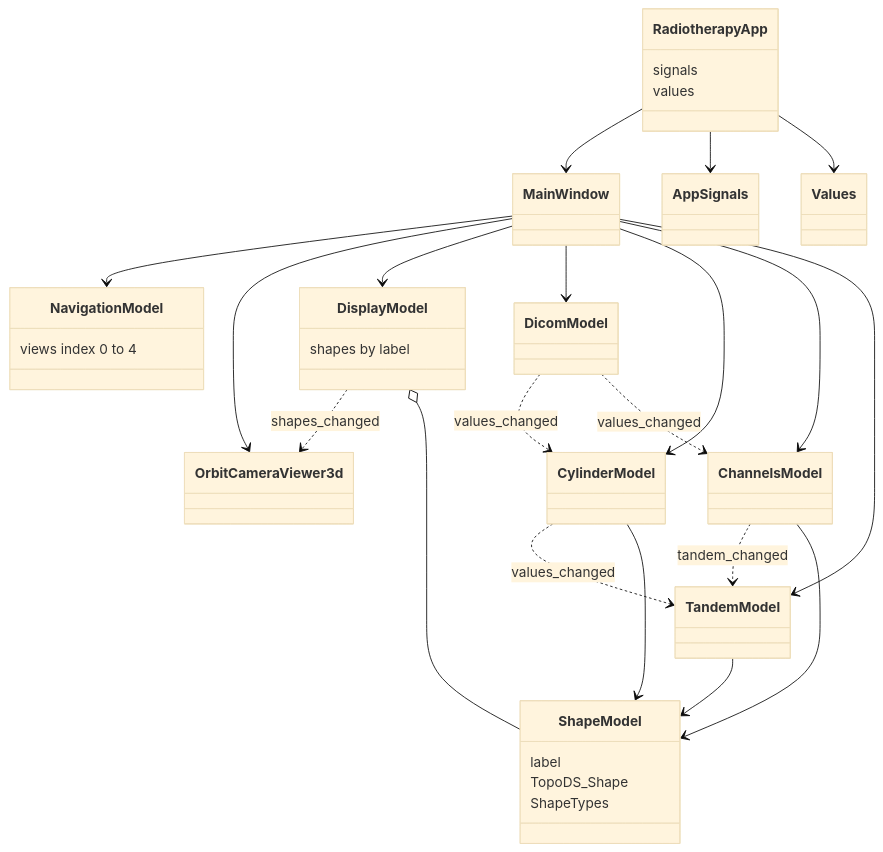
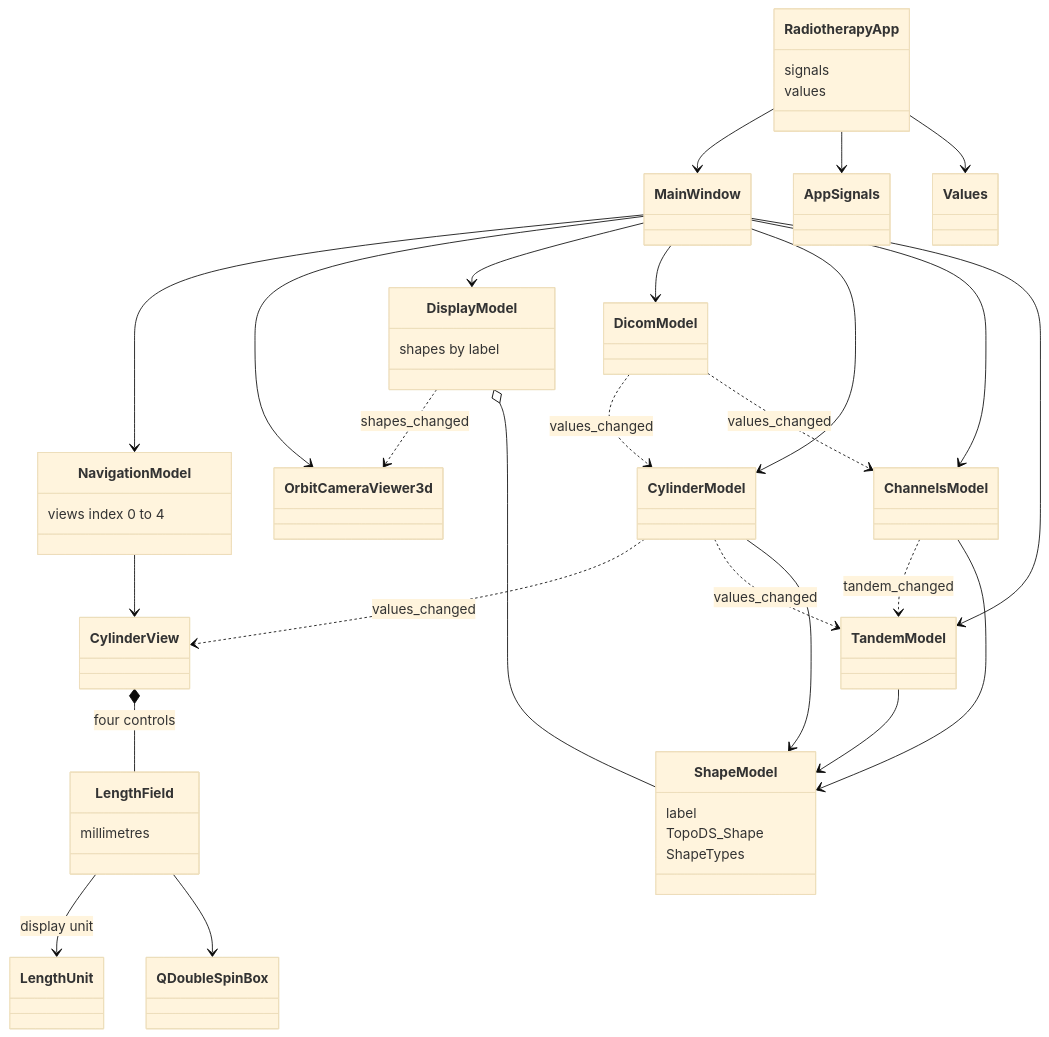
Before and after one commit to COSC-499-W2026/capstone-project-team-10: the diagram in docs/architecture/diagrams/existing-framework/uml.mmd, drawn with Mermaid (base theme). The commit also changed 18 other files, not shown here.

Commit message:
feat: display Cylinder dimensions in millimetres or centimetres

```diff
--- a/docs/architecture/diagrams/existing-framework/uml.mmd
+++ b/docs/architecture/diagrams/existing-framework/uml.mmd
@@ -1,44 +1,54 @@
 %% title: UML
 %% alt: UML of RadiotherapyApp, the models MainWindow creates, the signals between them, and ShapeModel
 classDiagram
   class RadiotherapyApp {
     signals
     values
   }
   class MainWindow
   class NavigationModel {
     views index 0 to 4
   }
   class DisplayModel {
     shapes by label
   }
   class OrbitCameraViewer3d
+  class CylinderView
+  class LengthField {
+    millimetres
+  }
+  class LengthUnit
+  CylinderView *-- LengthField : four controls
+  LengthField --> LengthUnit : display unit
+  LengthField --> QDoubleSpinBox
+  NavigationModel --> CylinderView
+  CylinderModel ..> CylinderView : values_changed
   class DicomModel
   class CylinderModel
   class ChannelsModel
   class TandemModel
   class ShapeModel {
     label
     TopoDS_Shape
     ShapeTypes
   }
 
   RadiotherapyApp --> MainWindow
   RadiotherapyApp --> AppSignals
   RadiotherapyApp --> Values
   MainWindow --> NavigationModel
   MainWindow --> OrbitCameraViewer3d
   MainWindow --> DisplayModel
   DisplayModel ..> OrbitCameraViewer3d : shapes_changed
   MainWindow --> DicomModel
   MainWindow --> CylinderModel
   MainWindow --> ChannelsModel
   MainWindow --> TandemModel
   DicomModel ..> CylinderModel : values_changed
   DicomModel ..> ChannelsModel : values_changed
   CylinderModel ..> TandemModel : values_changed
   ChannelsModel ..> TandemModel : tandem_changed
   CylinderModel --> ShapeModel
   ChannelsModel --> ShapeModel
   TandemModel --> ShapeModel
   DisplayModel o-- ShapeModel
```
